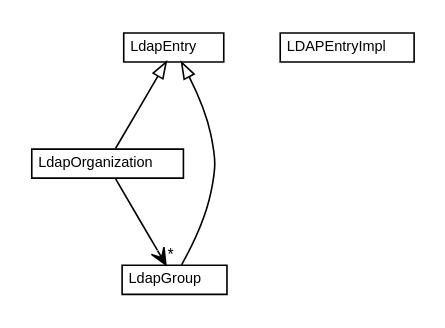
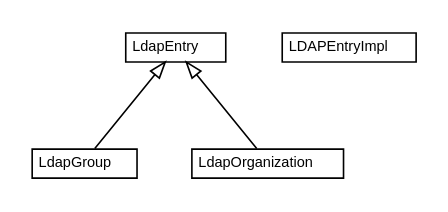
Before and after one commit to TrentonAdams/lpa: the diagram in ca/tnt/ldaputils/impl/ca.tnt.ldaputils.impl.dot, drawn with Graphviz. The commit also changed 166 other files, not shown here.

```diff
--- a/ca/tnt/ldaputils/impl/ca.tnt.ldaputils.impl.dot
+++ b/ca/tnt/ldaputils/impl/ca.tnt.ldaputils.impl.dot
@@ -1,40 +1,38 @@
 #!/usr/local/bin/dot
 #
 # Class diagram 
 # Generated by UmlGraph version 4.6 (http://www.spinellis.gr/sw/umlgraph)
 #
 
 digraph G {
 	edge [fontname="Helvetica",fontsize=10,labelfontname="Helvetica",labelfontsize=10];
 	node [fontname="Helvetica",fontsize=10,shape=plaintext];
-	// ca.tnt.ldaputils.impl.LdapEntry
-	c0 [label=<<table border="0" cellborder="1" cellspacing="0" cellpadding="2" port="p" href="./LdapEntry.html">
+	// ca.tnt.ldaputils.impl.LdapGroup
+	c0 [label=<<table border="0" cellborder="1" cellspacing="0" cellpadding="2" port="p" href="./LdapGroup.html">
 		<tr><td><table border="0" cellspacing="0" cellpadding="1">
-			<tr><td> LdapEntry </td></tr>
+			<tr><td> LdapGroup </td></tr>
 		</table></td></tr>
 		</table>>, fontname="Helvetica", fontcolor="black", fontsize=9.0];
 	// ca.tnt.ldaputils.impl.LDAPEntryImpl
 	c1 [label=<<table border="0" cellborder="1" cellspacing="0" cellpadding="2" port="p" href="./LDAPEntryImpl.html">
 		<tr><td><table border="0" cellspacing="0" cellpadding="1">
 			<tr><td> LDAPEntryImpl </td></tr>
 		</table></td></tr>
 		</table>>, fontname="Helvetica", fontcolor="black", fontsize=9.0];
 	// ca.tnt.ldaputils.impl.LdapOrganization
 	c2 [label=<<table border="0" cellborder="1" cellspacing="0" cellpadding="2" port="p" href="./LdapOrganization.html">
 		<tr><td><table border="0" cellspacing="0" cellpadding="1">
 			<tr><td> LdapOrganization </td></tr>
 		</table></td></tr>
 		</table>>, fontname="Helvetica", fontcolor="black", fontsize=9.0];
-	// ca.tnt.ldaputils.impl.LdapGroup
-	c3 [label=<<table border="0" cellborder="1" cellspacing="0" cellpadding="2" port="p" href="./LdapGroup.html">
+	// ca.tnt.ldaputils.impl.LdapEntry
+	c3 [label=<<table border="0" cellborder="1" cellspacing="0" cellpadding="2" port="p" href="./LdapEntry.html">
 		<tr><td><table border="0" cellspacing="0" cellpadding="1">
-			<tr><td> LdapGroup </td></tr>
+			<tr><td> LdapEntry </td></tr>
 		</table></td></tr>
 		</table>>, fontname="Helvetica", fontcolor="black", fontsize=9.0];
+	//ca.tnt.ldaputils.impl.LdapGroup extends ca.tnt.ldaputils.impl.LdapEntry
+	c3:p -> c0:p [dir=back,arrowtail=empty];
 	//ca.tnt.ldaputils.impl.LdapOrganization extends ca.tnt.ldaputils.impl.LdapEntry
-	c0:p -> c2:p [dir=back,arrowtail=empty];
-	//ca.tnt.ldaputils.impl.LdapGroup extends ca.tnt.ldaputils.impl.LdapEntry
-	c0:p -> c3:p [dir=back,arrowtail=empty];
-	// ca.tnt.ldaputils.impl.LdapOrganization NAVASSOC ca.tnt.ldaputils.impl.LdapGroup
-	c2:p -> c3:p [taillabel="", label="", headlabel="*", fontname="Helvetica", fontcolor="black", fontsize=10.0, color="black", arrowhead=open];
+	c3:p -> c2:p [dir=back,arrowtail=empty];
 }
```
